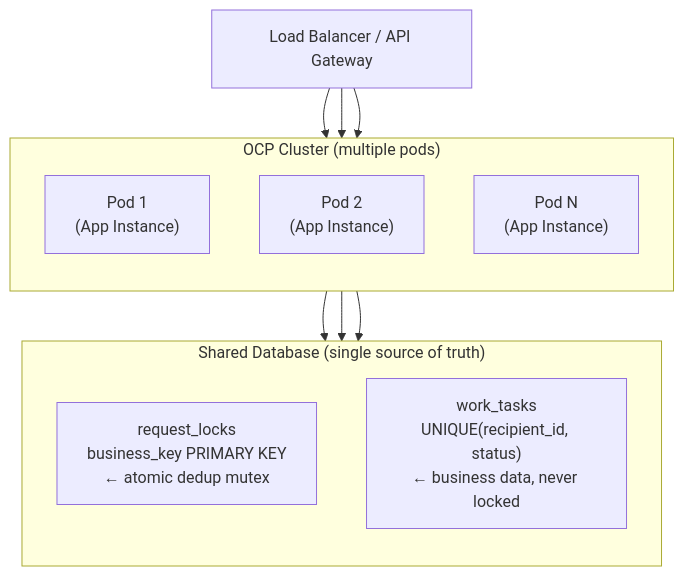
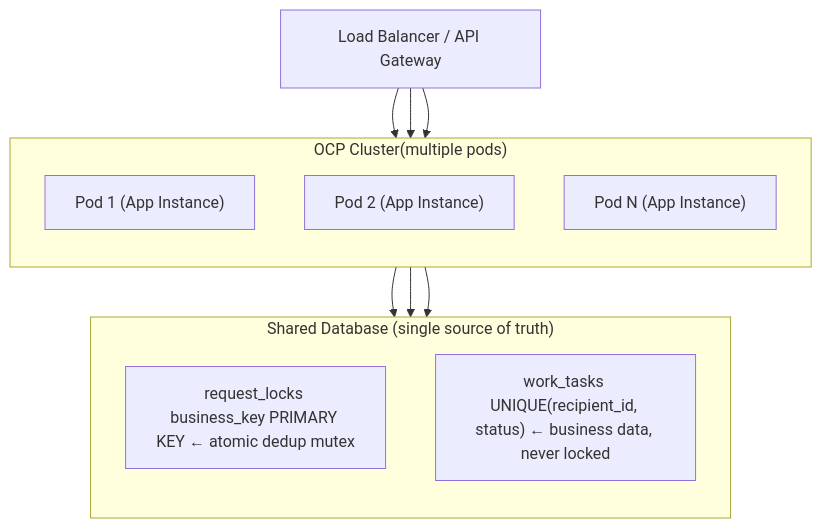
One commit to RBATHINENI78/sentinel-demo changed the first of 3 diagrams in README.md. Above: the diagram before and after it, drawn with Mermaid. The commit also changed other lines of this file, not shown here.

Commit message:
docs: fix Mermaid diagram formatting in README

````diff
--- a/README.md
+++ b/README.md
@@ -55,23 +55,23 @@
 ```mermaid
 graph TB
-    subgraph OCP["OCP Cluster (multiple pods)"]
+    subgraph OCP["OCP Cluster(multiple pods)"]
         direction TB
-        P1["Pod 1\n(App Instance)"]
-        P2["Pod 2\n(App Instance)"]
-        P3["Pod N\n(App Instance)"]
+        P1["Pod 1 (App Instance)"]
+        P2["Pod 2 (App Instance)"]
+        P3["Pod N (App Instance)"]
     end
 
     subgraph DB["Shared Database (single source of truth)"]
         direction TB
-        RL["request_locks\nbusiness_key PRIMARY KEY\n← atomic dedup mutex"]
-        WT["work_tasks\nUNIQUE(recipient_id, status)\n← business data, never locked"]
+        RL["request_locks business_key PRIMARY KEY ← atomic dedup mutex"]
+        WT["work_tasks UNIQUE(recipient_id, status) ← business data, never locked"]
     end
 
     LB["Load Balancer / API Gateway"] --> P1
     LB --> P2
     LB --> P3
 
     P1 --> DB
     P2 --> DB
     P3 --> DB
 ```
````
